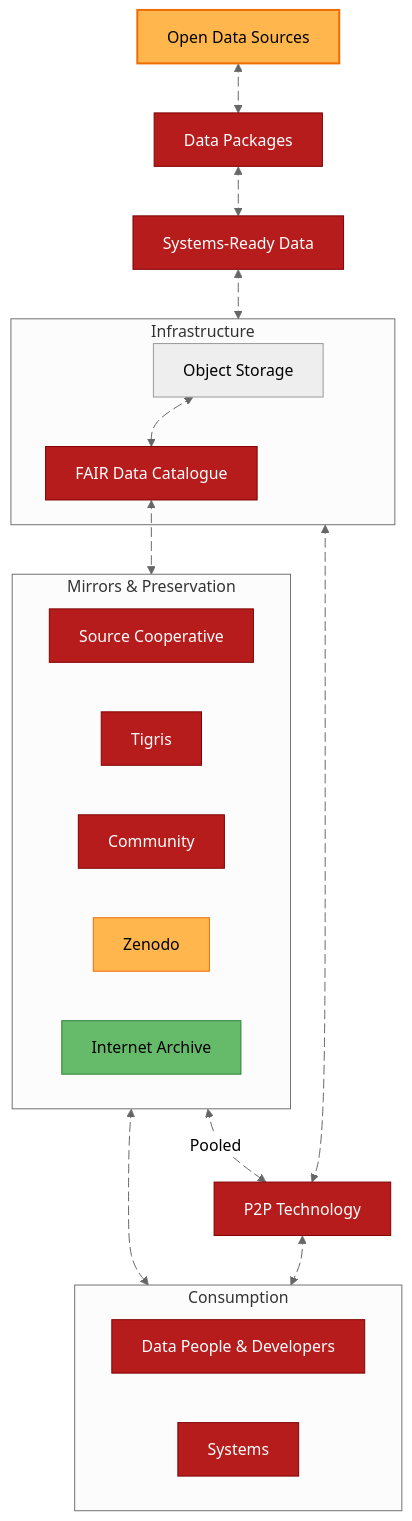
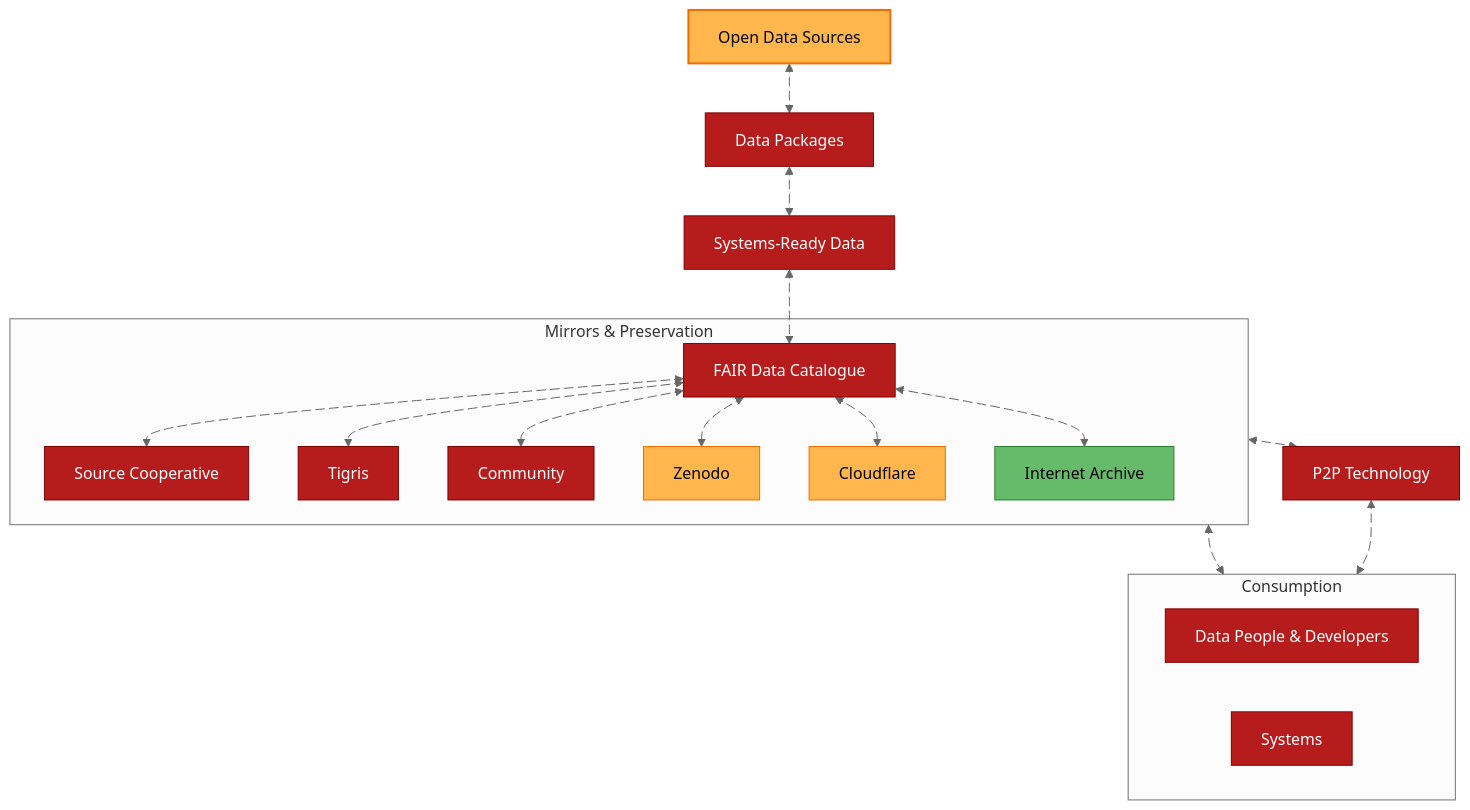
One commit to dataforcanada/www.dataforcanada.org changed the first of 2 diagrams in content/docs/d4c-infra-distribution/_index.md. Above: the diagram before and after it, drawn with Mermaid (neutral theme).

Commit message:
Update high-level overview of data dissemination strategy, it is far more clear now

```diff
--- a/content/docs/d4c-infra-distribution/_index.md
+++ b/content/docs/d4c-infra-distribution/_index.md
@@ -15,22 +15,18 @@
 flowchart TD
     classDef linkNode stroke:#0000EE,color:#0000EE,stroke-width:2px;
     subgraph mirrors [Mirrors & Preservation]
+        Metadata[FAIR Data Catalogue]
         SourceCoop[Source Cooperative]
         Tigris[Tigris]
         Community[Community]
         Zenodo[Zenodo]
+        Cloudflare
         InternetArchive[Internet Archive]
     end
 
     Sources[Open Data Sources]
     Processes[Data Packages]
     Artifacts[Systems-Ready Data]
-    
-    subgraph CoreInfra [Infrastructure]
-        Portal[Object Storage]
-        Metadata[FAIR Data Catalogue]
-    end
-    
     P2P["P2P Technology"]
     
     subgraph Consumers [Consumption]
@@ -45,23 +41,27 @@
     Processes a2@<--> Artifacts
     a2@{animate: true, animation: slow}
     
-    Artifacts a3@<--> CoreInfra
-    a3@{animate: true, animation: slow}
+    Artifacts a3@<--> Metadata
+    a3@{animate: true, animation: fast}
+
+    Metadata a20@<--> SourceCoop
+    a20@{animate: true, animation: slow}
+    Metadata a21@<--> Tigris
+    a21@{animate: true, animation: fast}
+    Metadata a22@<--> Community
+    a22@{animate: true, animation: fast}
+    Metadata a23@<--> Zenodo
+    a23@{animate: true, animation: slow}
+    Metadata a24@<--> Cloudflare
+    a24@{animate: true, animation: fast}
+    Metadata a25@<--> InternetArchive
+    a25@{animate: true, animation: slow}
     
-    Portal a4@<--> Metadata
-    a4@{animate: true, animation: fast}
-    
-    Metadata a5@<--> mirrors
-    a5@{animate: true, animation: fast}
-
-    CoreInfra a8@<-.->P2P
-    a8@{animate: true, animation: slow}
-
     %% Mirror Connections
     mirrors a12@<--> Consumers
     a12@{animate: true, animation: slow}
     
-    mirrors a9@<-.->|Pooled| P2P
+    mirrors a9@<--> P2P
     a9@{animate: true, animation: fast}
 
     %% P2P Connections
@@ -77,6 +77,7 @@
     class Processes Processes
     style SourceCoop fill:#B71C1C,stroke:#7F0000,color:#FFFFFF
     style Tigris fill:#B71C1C,stroke:#7F0000,color:#FFFFFF
+    style Cloudflare fill:#FFB74D,stroke:#EF6C00,color:#000000
     style Zenodo fill:#FFB74D,stroke:#EF6C00,color:#000000
     style Community fill:#B71C1C,stroke:#7F0000,color:#FFFFFF
     style P2P fill:#B71C1C,stroke:#7F0000,color:#FFFFFF
@@ -86,7 +87,7 @@
     
     %% Click Actions
 	click P2P "https://tixati.com/specs/bittorrent" _blank
-    click Tigris "https://www.tigrisdata.com/docs/overview/" _blank
+    click Tigris "https://d4c-pkgs.t3.storage.dev/" _blank
     click Sources "https://www.dataforcanada.org/#high-level-overview" _blank
     click Processes "https://www.dataforcanada.org/docs/d4c-pkgs/" _blank
     click Metadata "https://stac-utils.github.io/stac-geoparquet/latest/spec/stac-geoparquet-spec/" _blank
```
